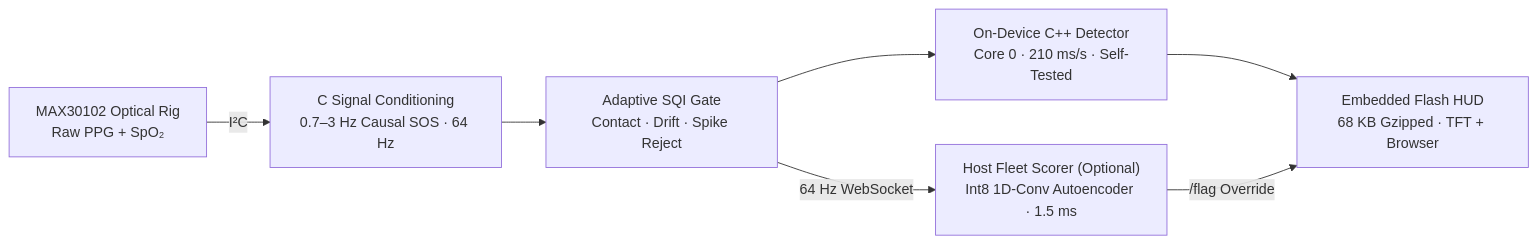
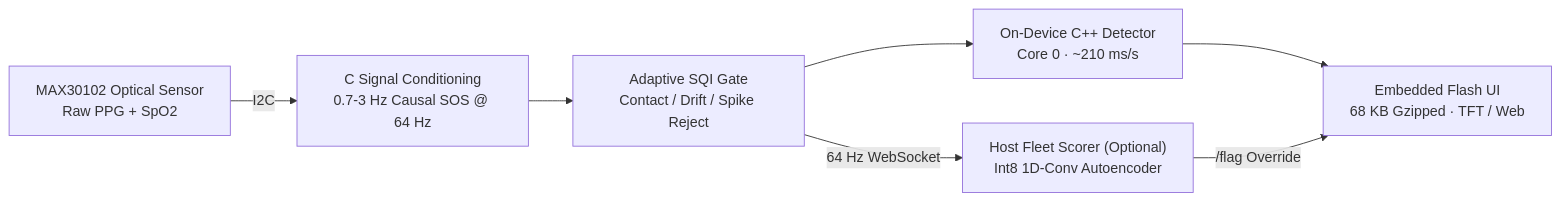
One commit to al9eri/pulse-edge-ai changed the diagram in README.md. Above: the diagram before and after it, drawn with Mermaid. The commit also changed other lines of this file, not shown here.

````diff
--- a/README.md
+++ b/README.md
@@ -16,9 +14,9 @@
 ```mermaid
 flowchart LR
-    A["MAX30102 Optical Rig<br/>Raw PPG + SpO₂"] -->|"I²C"| B["C Signal Conditioning<br/>0.7–3 Hz Causal SOS · 64 Hz"]
-    B --> C["Adaptive SQI Gate<br/>Contact · Drift · Spike Reject"]
-    C --> D["On-Device C++ Detector<br/>Core 0 · 210 ms/s · Self-Tested"]
-    C -->|"64 Hz WebSocket"| E["Host Fleet Scorer (Optional)<br/>Int8 1D-Conv Autoencoder · 1.5 ms"]
-    D --> F["Embedded Flash HUD<br/>68 KB Gzipped · TFT + Browser"]
+    A["MAX30102 Optical Sensor<br/>Raw PPG + SpO2"] -->|"I2C"| B["C Signal Conditioning<br/>0.7-3 Hz Causal SOS @ 64 Hz"]
+    B --> C["Adaptive SQI Gate<br/>Contact / Drift / Spike Reject"]
+    C --> D["On-Device C++ Detector<br/>Core 0 · ~210 ms/s"]
+    C -->|"64 Hz WebSocket"| E["Host Fleet Scorer (Optional)<br/>Int8 1D-Conv Autoencoder"]
+    D --> F["Embedded Flash UI<br/>68 KB Gzipped · TFT / Web"]
     E -->|"/flag Override"| F
 ```
````
